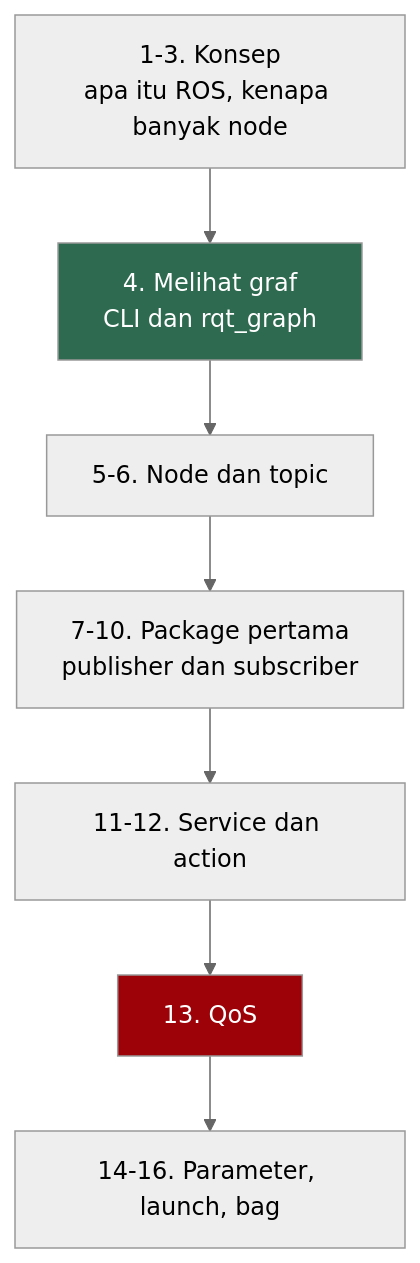
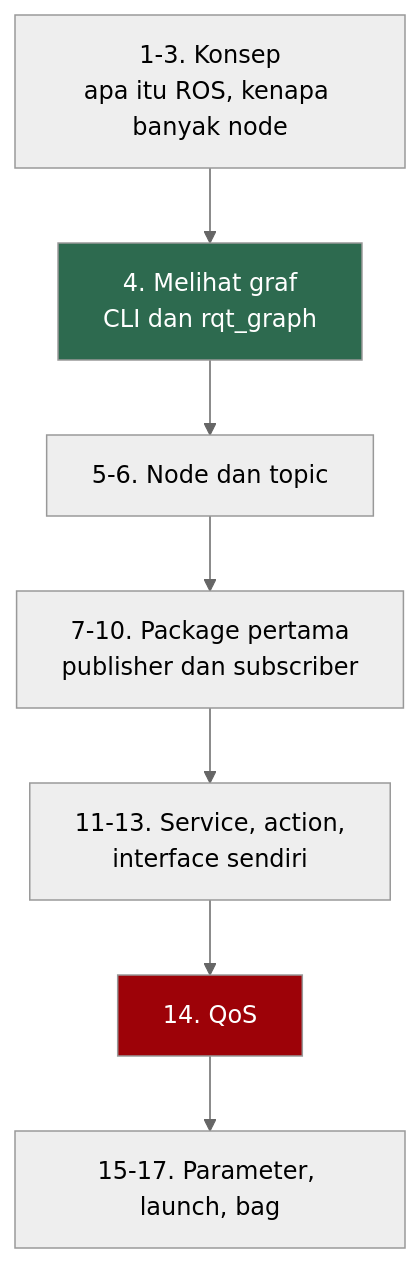
The first of 4 diagrams in ROS 2/dasar-ros2.md (kcv-if/Modul-Robotika), drawn with Mermaid (neutral theme) before and after one commit. The commit also changed other lines of this file and 1 other file, not shown here.

````diff
--- a/ROS 2/dasar-ros2.md
+++ b/ROS 2/dasar-ros2.md
@@ -9,12 +9,12 @@
 ```mermaid
 graph TD
     A["1-3. Konsep<br/>apa itu ROS, kenapa banyak node"] --> B["4. Melihat graf<br/>CLI dan rqt_graph"]
     B --> C["5-6. Node dan topic"]
     C --> D["7-10. Package pertama<br/>publisher dan subscriber"]
-    D --> E["11-12. Service dan action"]
-    E --> F["13. QoS"]
-    F --> G["14-16. Parameter, launch, bag"]
+    D --> E["11-13. Service, action,<br/>interface sendiri"]
+    E --> F["14. QoS"]
+    F --> G["15-17. Parameter, launch, bag"]
 
     style B fill:#2d6a4f,color:#fff
     style F fill:#9d0208,color:#fff
 ```
````
